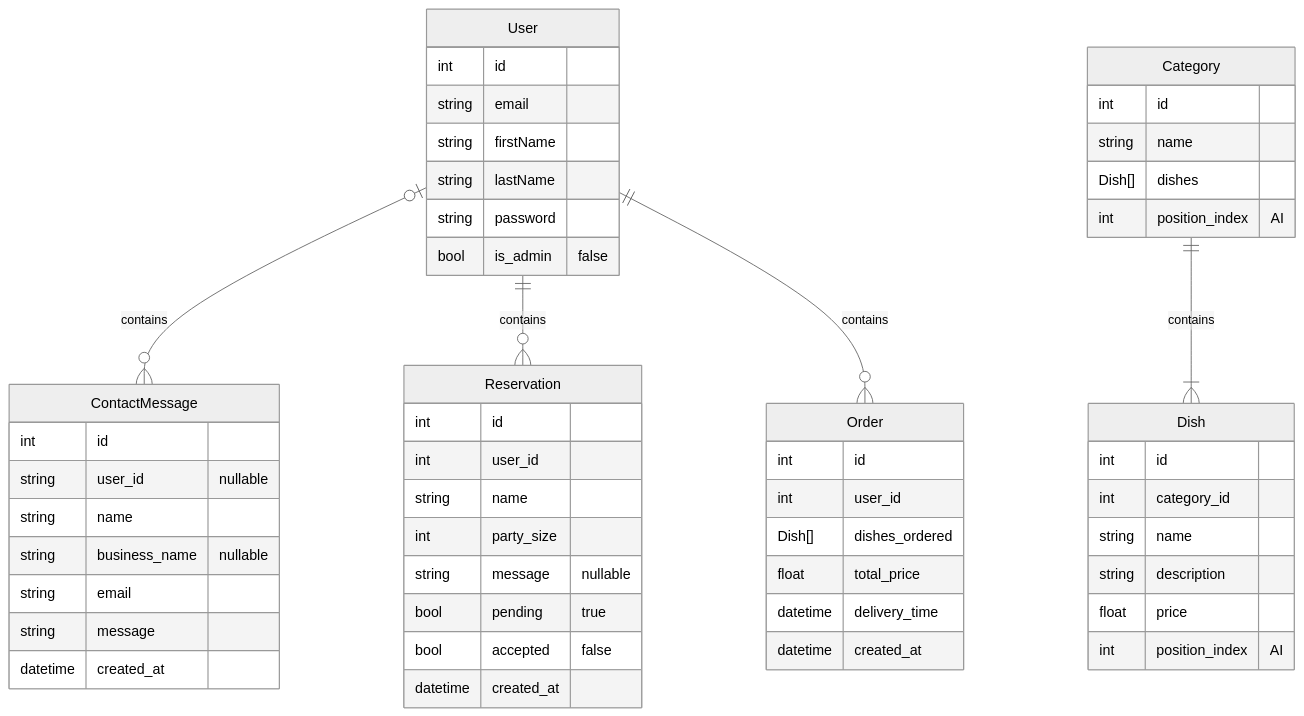
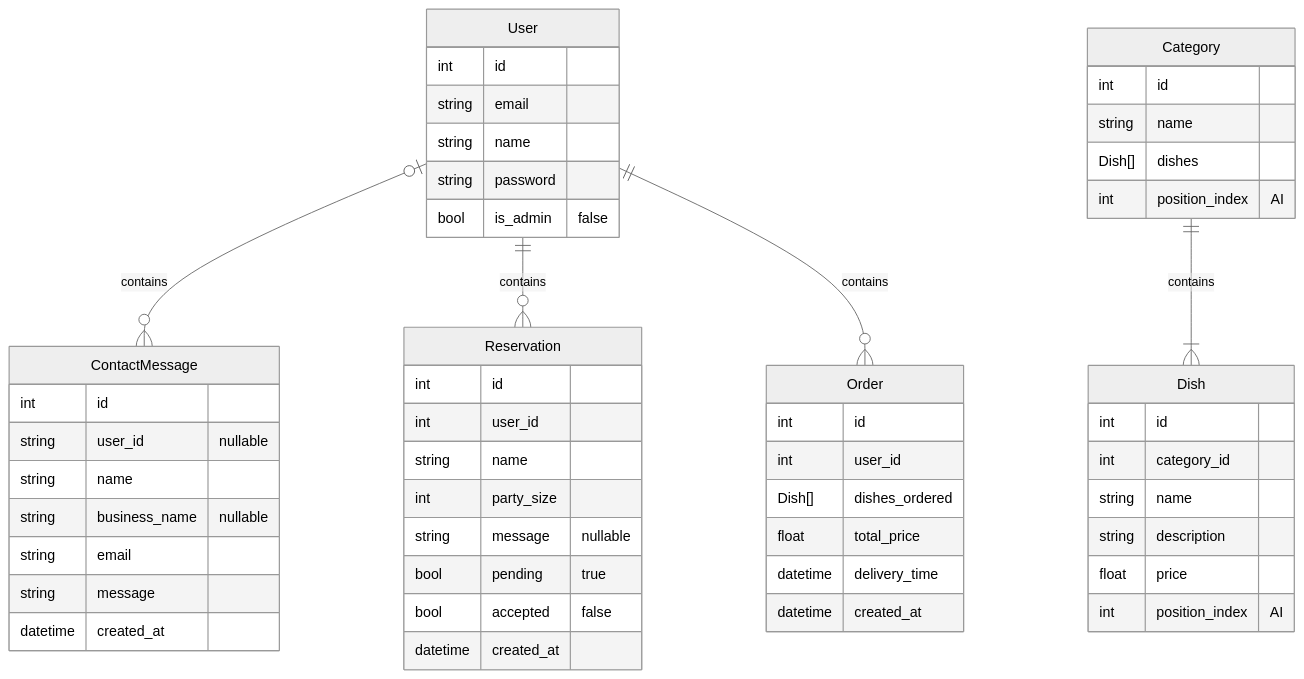
One commit to Rutger505/cafe-pronk-backend changed the diagram in docs/sdd.md. Above: the diagram before and after it, drawn with Mermaid (neutral theme).

Commit message:
change firstName and lastName to just name

````diff
--- a/docs/sdd.md
+++ b/docs/sdd.md
@@ -7,63 +7,62 @@
 ```mermaid
 erDiagram
     User {
         int id
         string email
-        string firstName
-        string lastName
+        string name
         string password
         bool is_admin "false"
     }
     
     User |o--o{ ContactMessage: contains
     User ||--o{ Reservation: contains
     User ||--o{ Order: contains
 
     ContactMessage {
         int id
         string user_id "nullable"
         string name
         string business_name "nullable"
         string email
         string message
         datetime created_at
     }
 
     Reservation {
         int id
         int user_id 
         string name
         int party_size
         string message "nullable"
         bool pending "true"
         bool accepted "false"
         datetime created_at
     }
     
     Order {
         int id
         int user_id
         Dish[] dishes_ordered
         float total_price
         datetime delivery_time
         datetime created_at
     }
 
     Category {
         int id
         string name
         Dish[] dishes
         int position_index "AI"
     }
 
     Category ||--|{ Dish: contains
  
     Dish {
         int id
         int category_id
         string name
         string description
         float price
         int position_index "AI"
     }
 ```
````
